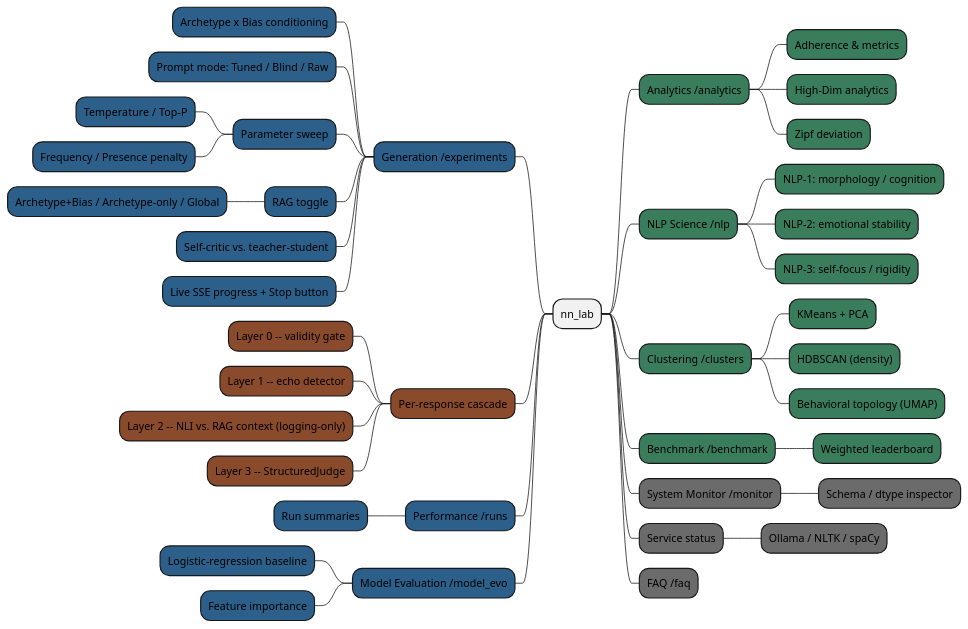
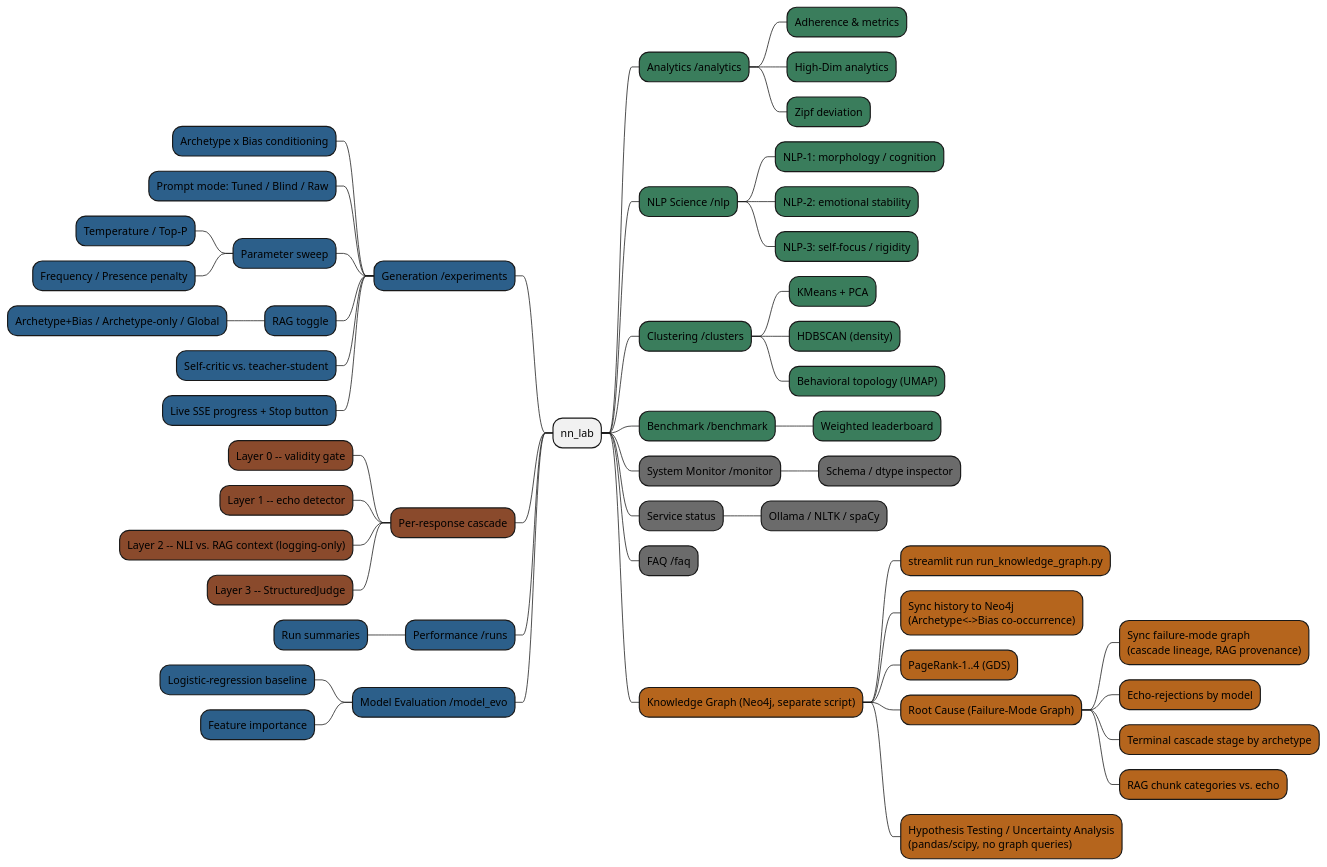
One commit to ooge0/nn_lab changed the sixth of 9 diagrams in docs/source/architecture.rst. Above: the diagram before and after it, drawn with PlantUML. The commit also changed other lines of this file and 3 other files, not shown here.

```diff
--- a/docs/source/architecture.rst
+++ b/docs/source/architecture.rst
@@ -356,46 +362,57 @@
 .. uml::
 
    @startmindmap
    * nn_lab
    left side
    **[#2c5f8a] Generation /experiments
    ***[#2c5f8a] Archetype x Bias conditioning
    ***[#2c5f8a] Prompt mode: Tuned / Blind / Raw
    ***[#2c5f8a] Parameter sweep
    ****[#2c5f8a] Temperature / Top-P
    ****[#2c5f8a] Frequency / Presence penalty
    ***[#2c5f8a] RAG toggle
    ****[#2c5f8a] Archetype+Bias / Archetype-only / Global
    ***[#2c5f8a] Self-critic vs. teacher-student
    ***[#2c5f8a] Live SSE progress + Stop button
    **[#8a4a2c] Per-response cascade
    ***[#8a4a2c] Layer 0 -- validity gate
    ***[#8a4a2c] Layer 1 -- echo detector
    ***[#8a4a2c] Layer 2 -- NLI vs. RAG context (logging-only)
    ***[#8a4a2c] Layer 3 -- StructuredJudge
    **[#2c5f8a] Performance /runs
    ***[#2c5f8a] Run summaries
    **[#2c5f8a] Model Evaluation /model_evo
    ***[#2c5f8a] Logistic-regression baseline
    ***[#2c5f8a] Feature importance
    right side
    **[#3a7d5c] Analytics /analytics
    ***[#3a7d5c] Adherence & metrics
    ***[#3a7d5c] High-Dim analytics
    ***[#3a7d5c] Zipf deviation
    **[#3a7d5c] NLP Science /nlp
    ***[#3a7d5c] NLP-1: morphology / cognition
    ***[#3a7d5c] NLP-2: emotional stability
    ***[#3a7d5c] NLP-3: self-focus / rigidity
    **[#3a7d5c] Clustering /clusters
    ***[#3a7d5c] KMeans + PCA
    ***[#3a7d5c] HDBSCAN (density)
    ***[#3a7d5c] Behavioral topology (UMAP)
    **[#3a7d5c] Benchmark /benchmark
    ***[#3a7d5c] Weighted leaderboard
    **[#6b6b6b] System Monitor /monitor
    ***[#6b6b6b] Schema / dtype inspector
    **[#6b6b6b] Service status
    ***[#6b6b6b] Ollama / NLTK / spaCy
    **[#6b6b6b] FAQ /faq
+   right side
+   **[#b5651d] Knowledge Graph (Neo4j, separate script)
+   ***[#b5651d] streamlit run run_knowledge_graph.py
+   ***[#b5651d] Sync history to Neo4j\n(Archetype<->Bias co-occurrence)
+   ***[#b5651d] PageRank-1..4 (GDS)
+   ***[#b5651d] Root Cause (Failure-Mode Graph)
+   ****[#b5651d] Sync failure-mode graph\n(cascade lineage, RAG provenance)
+   ****[#b5651d] Echo-rejections by model
+   ****[#b5651d] Terminal cascade stage by archetype
+   ****[#b5651d] RAG chunk categories vs. echo
+   ***[#b5651d] Hypothesis Testing / Uncertainty Analysis\n(pandas/scipy, no graph queries)
    @endmindmap
```
